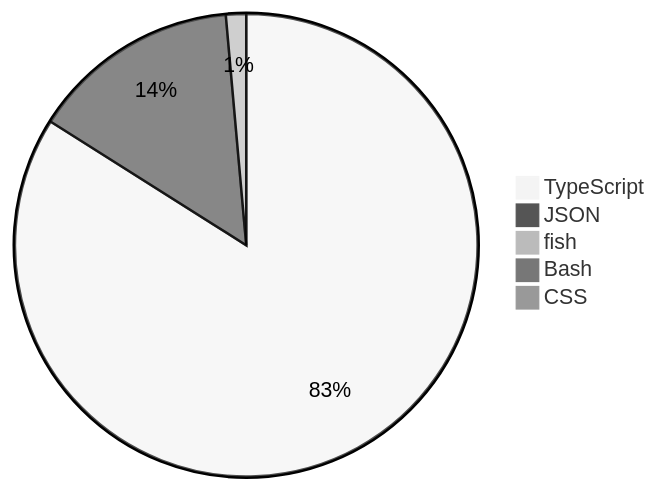
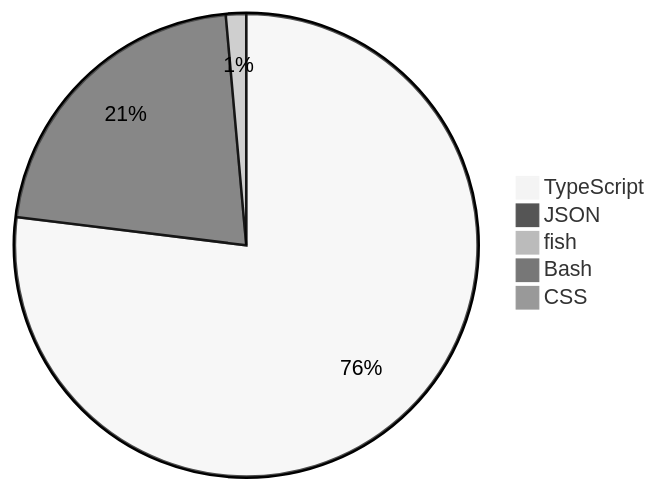
Before and after one commit to skvggor/skvggor: the diagram in README.md, drawn with Mermaid (neutral theme).

Commit message:
Updated waka-readme graph with new metrics

````diff
--- a/README.md
+++ b/README.md
@@ -28,8 +28,8 @@
 ```mermaid
 pie
-    "TypeScript" : 83.3
-    "JSON" : 14.5
+    "TypeScript" : 76.1
+    "JSON" : 21.4
     "fish" : 1.4
     "Bash" : 0.5
     "CSS" : 0.3
 ```
````
